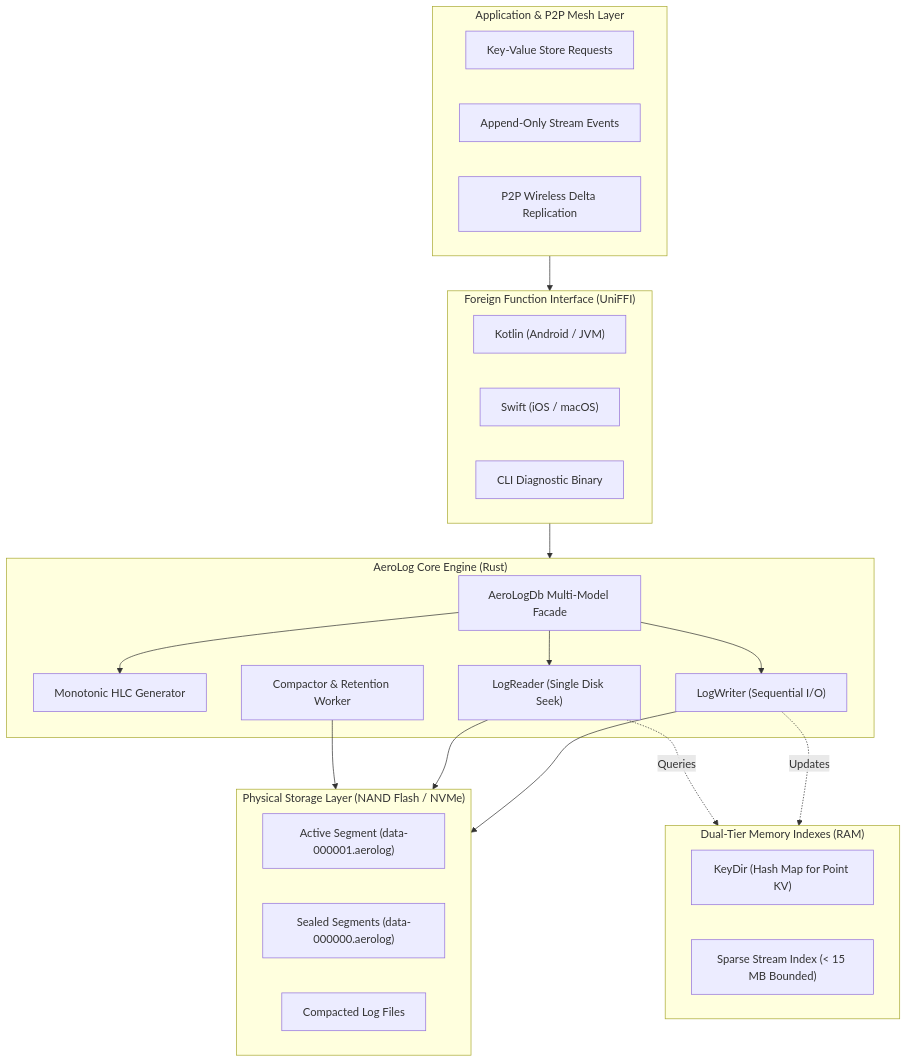
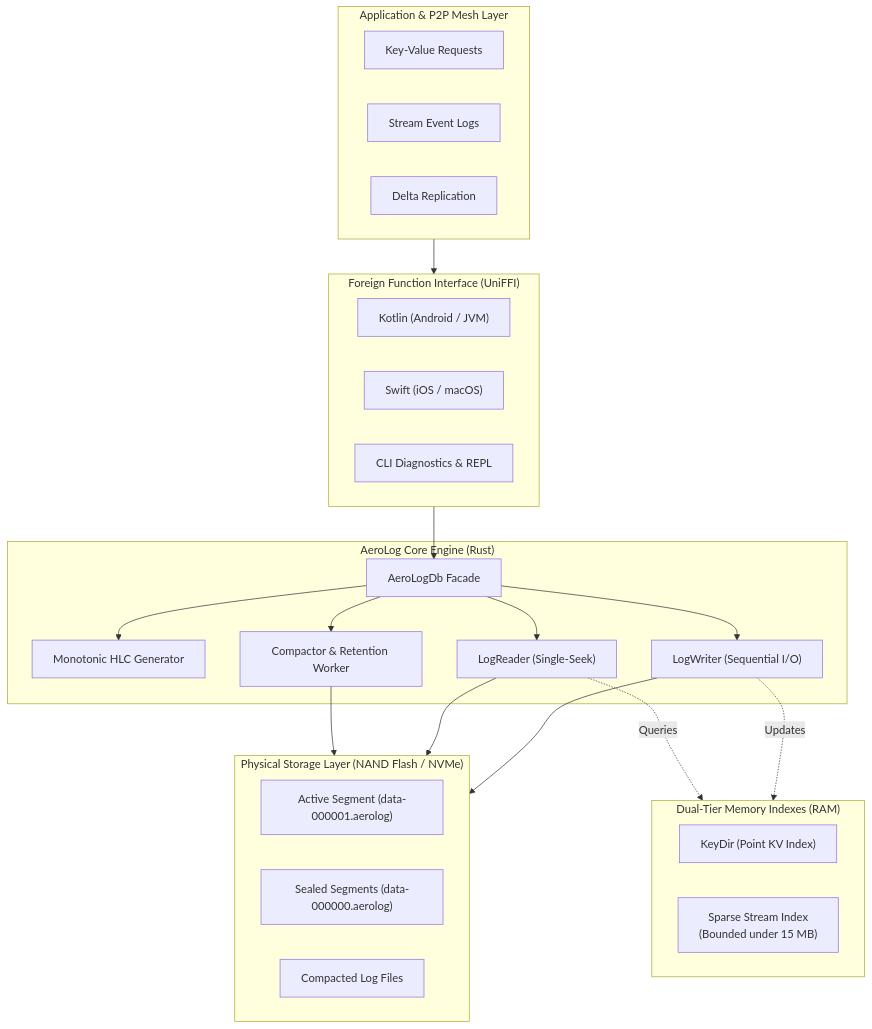
The diagram in docs/index.md (untacorp/aerolog), drawn with Mermaid before and after one commit. The commit also changed 4 other files, not shown here.

Commit message:
docs: optimize mermaid layout, resolve generic bracket parsing, and add responsive containment css

````diff
--- a/docs/index.md
+++ b/docs/index.md
@@ -13,44 +13,45 @@
 ```mermaid
 flowchart TD
     subgraph AppLayer ["Application & P2P Mesh Layer"]
-        A1["Key-Value Store Requests"]
-        A2["Append-Only Stream Events"]
-        A3["P2P Wireless Delta Replication"]
+        A1["Key-Value Requests"]
+        A2["Stream Event Logs"]
+        A3["Delta Replication"]
     end
 
     subgraph FfiLayer ["Foreign Function Interface (UniFFI)"]
         F1["Kotlin (Android / JVM)"]
         F2["Swift (iOS / macOS)"]
-        F3["CLI Diagnostic Binary"]
+        F3["CLI Diagnostics & REPL"]
     end
 
     subgraph CoreEngine ["AeroLog Core Engine (Rust)"]
-        E1["AeroLogDb Multi-Model Facade"]
+        E1["AeroLogDb Facade"]
         E2["Monotonic HLC Generator"]
         E3["LogWriter (Sequential I/O)"]
-        E4["LogReader (Single Disk Seek)"]
+        E4["LogReader (Single-Seek)"]
         E5["Compactor & Retention Worker"]
+        E1 --> E2
+        E1 --> E3
+        E1 --> E4
+        E1 --> E5
     end
 
     subgraph MemoryTier ["Dual-Tier Memory Indexes (RAM)"]
-        M1["KeyDir (Hash Map for Point KV)"]
-        M2["Sparse Stream Index (< 15 MB Bounded)"]
+        M1["KeyDir (Point KV Index)"]
+        M2["Sparse Stream Index<br/>(Bounded under 15 MB)"]
     end
 
     subgraph DiskTier ["Physical Storage Layer (NAND Flash / NVMe)"]
         D1["Active Segment (data-000001.aerolog)"]
         D2["Sealed Segments (data-000000.aerolog)"]
         D3["Compacted Log Files"]
     end
 
     AppLayer --> FfiLayer
-    FfiLayer --> CoreEngine
-    E1 --> E2
-    E1 --> E3
-    E1 --> E4
+    FfiLayer --> E1
     E3 --> DiskTier
     E4 --> DiskTier
     E3 -. Updates .-> MemoryTier
     E4 -. Queries .-> MemoryTier
     E5 --> DiskTier
 ```
````
